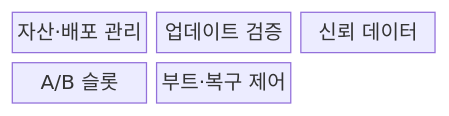
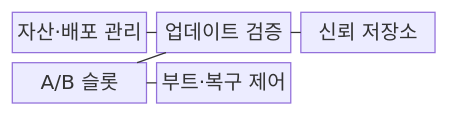
The first of 2 diagrams in src/content/docs/notes/02-hardware/069_firmware_security.md (agnusdei1207/knowledge-base), drawn with Mermaid before and after one commit. The commit also changed other lines of this file and 20 other files, not shown here.

````diff
--- a/src/content/docs/notes/02-hardware/069_firmware_security.md
+++ b/src/content/docs/notes/02-hardware/069_firmware_security.md
@@ -62,9 +63,13 @@
 ```mermaid
-block-beta
+block
   columns 3
   A["자산·배포 관리"]
   B["업데이트 검증"]
-  C["신뢰 데이터"]
+  C["신뢰 저장소"]
   D["A/B 슬롯"]
   E["부트·복구 제어"]
+  A --- B
+  C --- B
+  B --- D
+  D --- E
 ```
````
